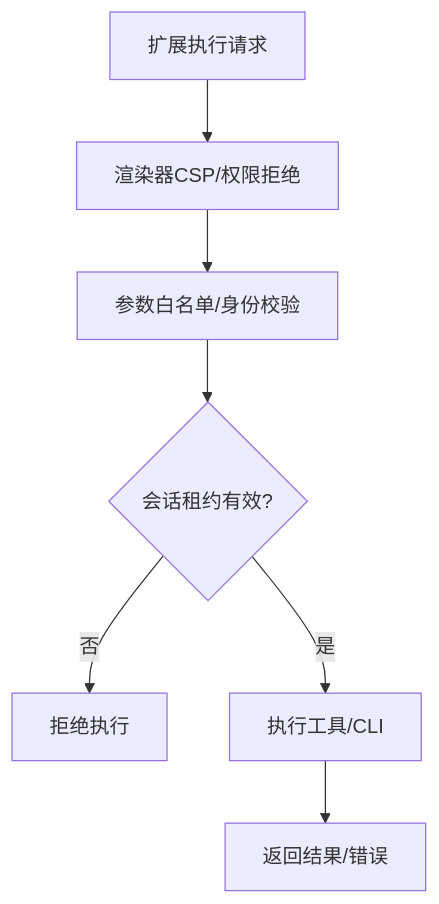
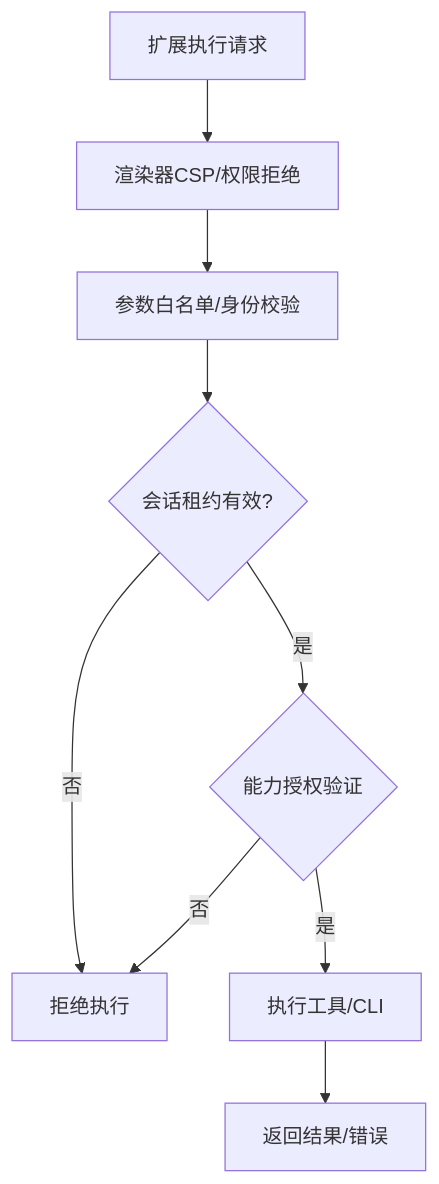
Before and after one commit to haolange/RDC-Agent: the ninth of 11 diagrams in .qoder/repowiki/zh/content/扩展开发/扩展生命周期管理.md, drawn with Mermaid. The commit also changed other lines of this file and 221 other files, not shown here.

````diff
--- a/.qoder/repowiki/zh/content/扩展开发/扩展生命周期管理.md
+++ b/.qoder/repowiki/zh/content/扩展开发/扩展生命周期管理.md
@@ -301,9 +358,11 @@
 ```mermaid
 flowchart TD
 Start["扩展执行请求"] --> CSP["渲染器CSP/权限拒绝"]
 CSP --> Params["参数白名单/身份校验"]
 Params --> Lease{"会话租约有效?"}
 Lease --> |否| Deny["拒绝执行"]
-Lease --> |是| Execute["执行工具/CLI"]
+Lease --> |是| Capability{"能力授权验证"}
+Capability --> |否| Deny
+Capability --> |是| Execute["执行工具/CLI"]
 Execute --> Result["返回结果/错误"]
 ```
````
